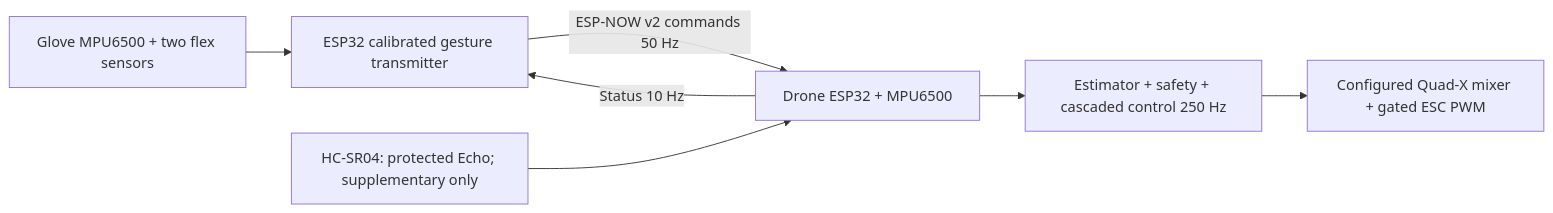
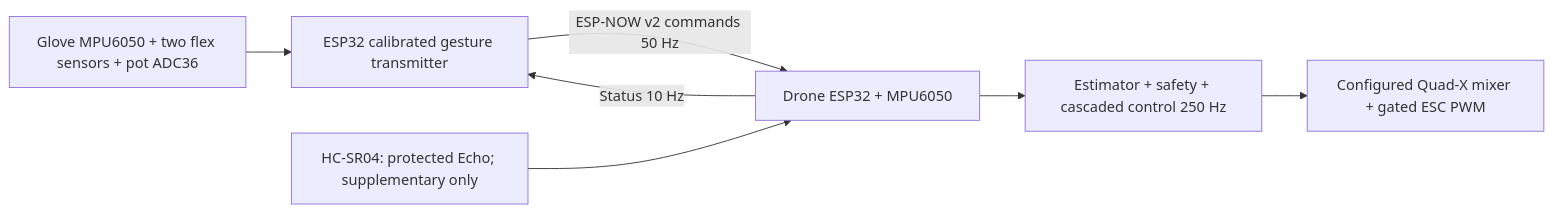
One commit to diyan07-ctrl/esp32-gesture-controlled-drone changed the diagram in diagrams/system-block-diagram.mmd. Above: the diagram before and after it, drawn with Mermaid. The commit also changed 40 other files, not shown here.

Commit message:
feat: migrate MPU6050 sensors and calibrated potentiometer throttle

```diff
--- a/diagrams/system-block-diagram.mmd
+++ b/diagrams/system-block-diagram.mmd
@@ -1,7 +1,7 @@
 flowchart LR
-  G["Glove MPU6500 + two flex sensors"] --> T["ESP32 calibrated gesture transmitter"]
-  T -->|"ESP-NOW v2 commands 50 Hz"| D["Drone ESP32 + MPU6500"]
+  G["Glove MPU6050 + two flex sensors + pot ADC36"] --> T["ESP32 calibrated gesture transmitter"]
+  T -->|"ESP-NOW v2 commands 50 Hz"| D["Drone ESP32 + MPU6050"]
   D -->|"Status 10 Hz"| T
   D --> C["Estimator + safety + cascaded control 250 Hz"]
   C --> M["Configured Quad-X mixer + gated ESC PWM"]
   U["HC-SR04: protected Echo; supplementary only"] --> D
```
